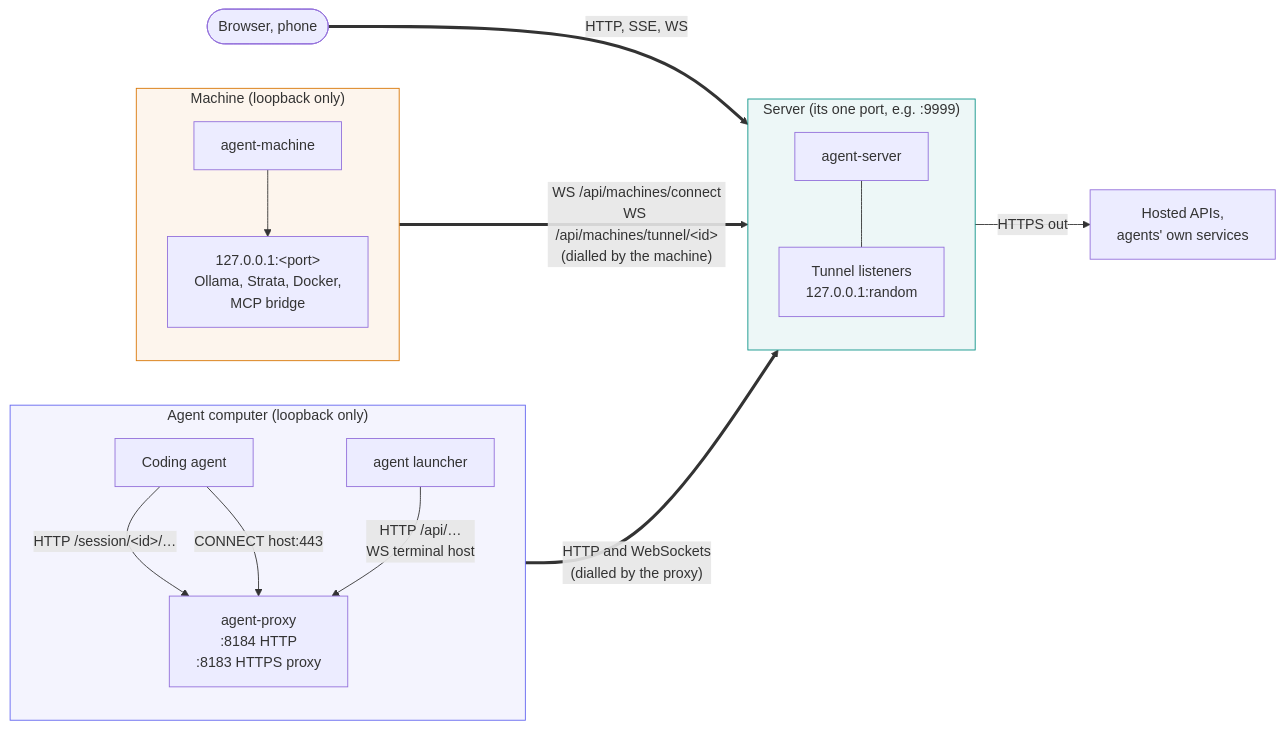
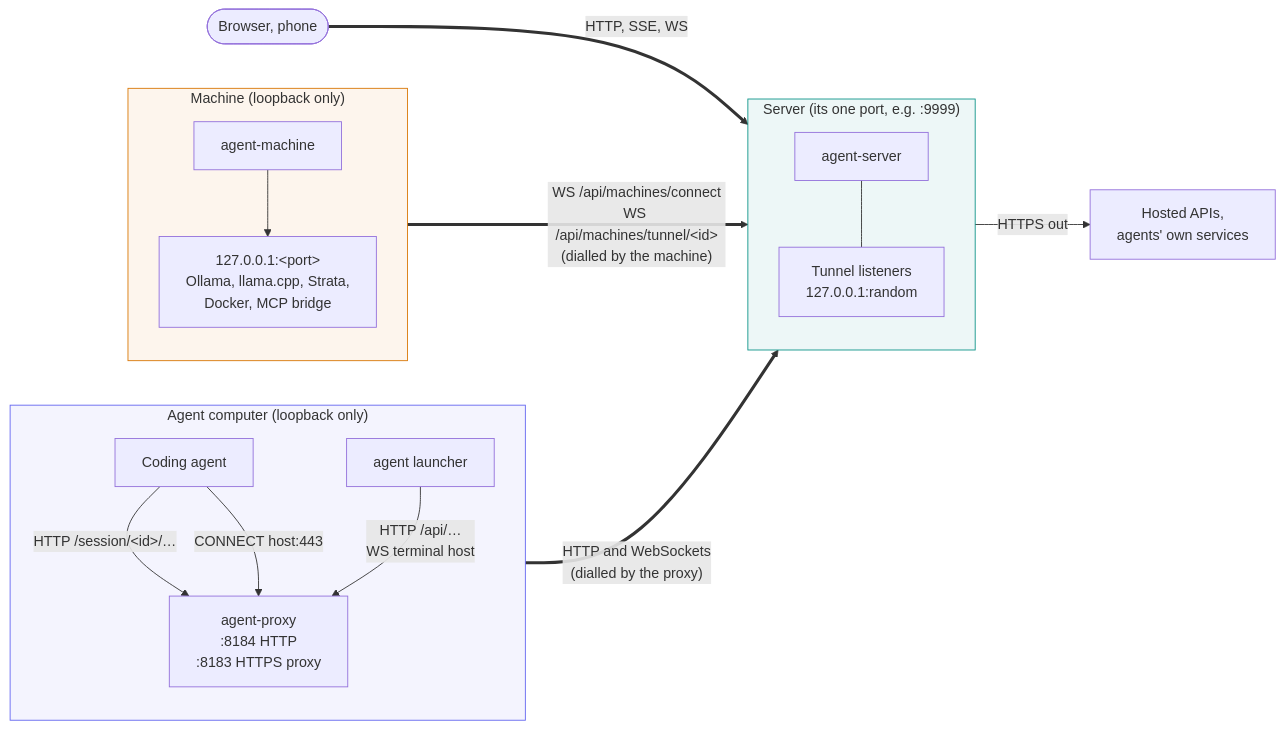
One commit to joeyenfield/ai-coding-agent-proxy changed the first of 4 diagrams in docs/networking.md. Above: the diagram before and after it, drawn with Mermaid. The commit also changed other lines of this file and 63 other files, not shown here.

Commit message:
llama.cpp as a provider: agent-machine installs (Termux packages or a SHA-256-checked GitHub build), configures and runs llama-server in router mode, downloads Hugging Face models through it, and runs it in containers; agents' traffic passes through

````diff
--- a/docs/networking.md
+++ b/docs/networking.md
@@ -16,31 +16,31 @@
 ```mermaid
 flowchart LR
   subgraph PC["Agent computer (loopback only)"]
     direction TB
     A["Coding agent"]
     L["agent launcher"]
     P["agent-proxy<br/>:8184 HTTP<br/>:8183 HTTPS proxy"]
     A -- "HTTP /session/#lt;id#gt;/…" --> P
     A -- "CONNECT host:443" --> P
     L -- "HTTP /api/…<br/>WS terminal host" --> P
   end
   subgraph S["Server (its one port, e.g. :9999)"]
     direction TB
     API["agent-server"]
     TL["Tunnel listeners<br/>127.0.0.1:random"]
     API --- TL
   end
   subgraph M["Machine (loopback only)"]
     direction TB
     AM["agent-machine"]
-    MS["127.0.0.1:#lt;port#gt;<br/>Ollama, Strata, Docker,<br/>MCP bridge"]
+    MS["127.0.0.1:#lt;port#gt;<br/>Ollama, llama.cpp, Strata,<br/>Docker, MCP bridge"]
     AM --> MS
   end
   P == "HTTP and WebSockets<br/>(dialled by the proxy)" ==> API
   AM == "WS /api/machines/connect<br/>WS /api/machines/tunnel/#lt;id#gt;<br/>(dialled by the machine)" ==> API
   B(["Browser, phone"]) == "HTTP, SSE, WS" ==> API
   API -- "HTTPS out" --> H["Hosted APIs,<br/>agents' own services"]
   style PC fill:#6366f112,stroke:#6366f1
   style S fill:#0d948812,stroke:#0d9488
   style M fill:#d9770612,stroke:#d97706
 ```
````
